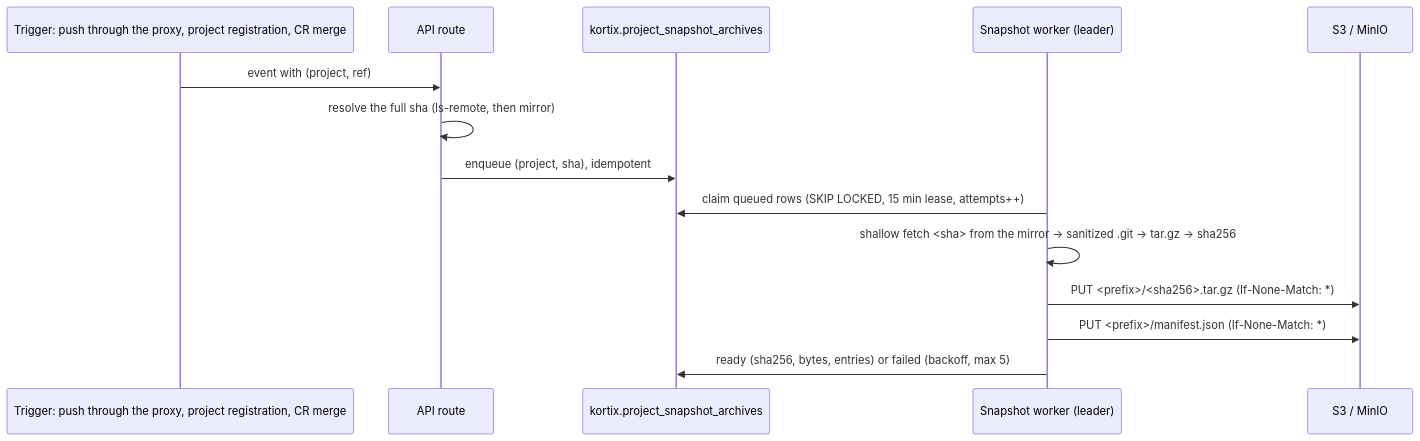
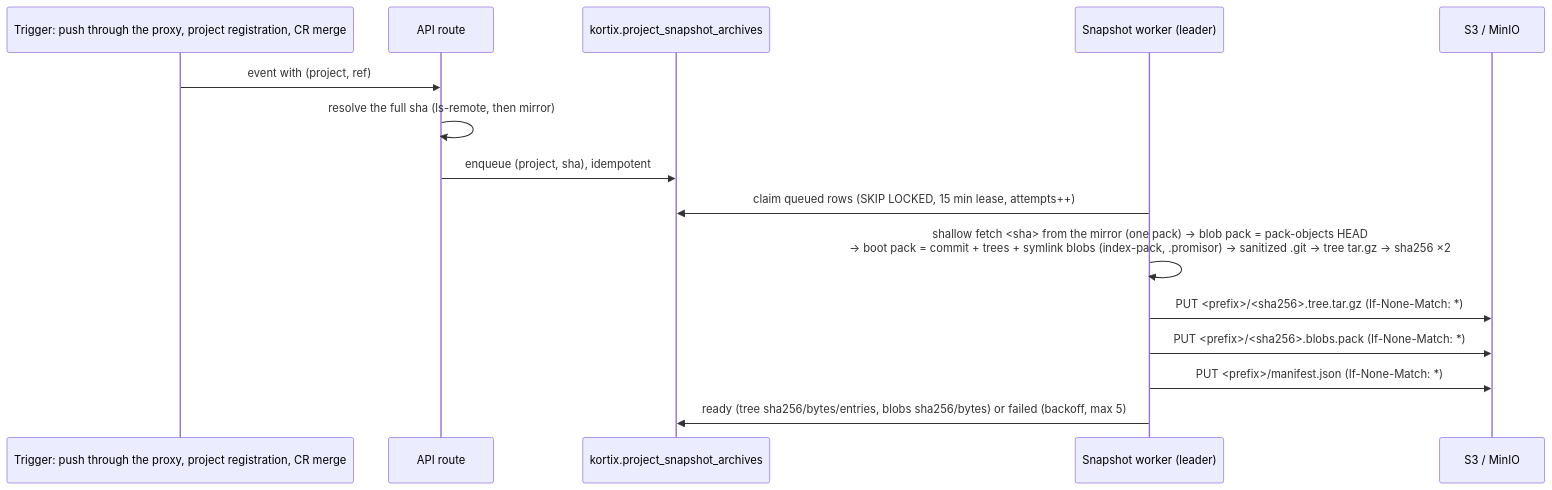
The third of 3 diagrams in docs/runbooks/project-snapshot-s3.md (kortix-ai/suna), drawn with Mermaid before and after one commit. The commit also changed other lines of this file and 19 other files, not shown here.

First line of the commit message:
feat(api,kortixd): project snapshot v2 — blob-less boot object + blob pack hydrated off the boot path

````diff
--- a/docs/runbooks/project-snapshot-s3.md
+++ b/docs/runbooks/project-snapshot-s3.md
@@ -105,16 +135,17 @@
 ```mermaid
 sequenceDiagram
     participant T as Trigger: push through the proxy, project registration, CR merge
     participant API as API route
     participant L as kortix.project_snapshot_archives
     participant W as Snapshot worker (leader)
     participant S3 as S3 / MinIO
     T->>API: event with (project, ref)
     API->>API: resolve the full sha (ls-remote, then mirror)
     API->>L: enqueue (project, sha), idempotent
     W->>L: claim queued rows (SKIP LOCKED, 15 min lease, attempts++)
-    W->>W: shallow fetch <sha> from the mirror → sanitized .git → tar.gz → sha256
-    W->>S3: PUT <prefix>/<sha256>.tar.gz (If-None-Match: *)
+    W->>W: shallow fetch <sha> from the mirror (one pack) → blob pack = pack-objects HEAD<br/>→ boot pack = commit + trees + symlink blobs (index-pack, .promisor) → sanitized .git → tree tar.gz → sha256 ×2
+    W->>S3: PUT <prefix>/<sha256>.tree.tar.gz (If-None-Match: *)
+    W->>S3: PUT <prefix>/<sha256>.blobs.pack (If-None-Match: *)
     W->>S3: PUT <prefix>/manifest.json (If-None-Match: *)
-    W->>L: ready (sha256, bytes, entries) or failed (backoff, max 5)
+    W->>L: ready (tree sha256/bytes/entries, blobs sha256/bytes) or failed (backoff, max 5)
 ```
````
